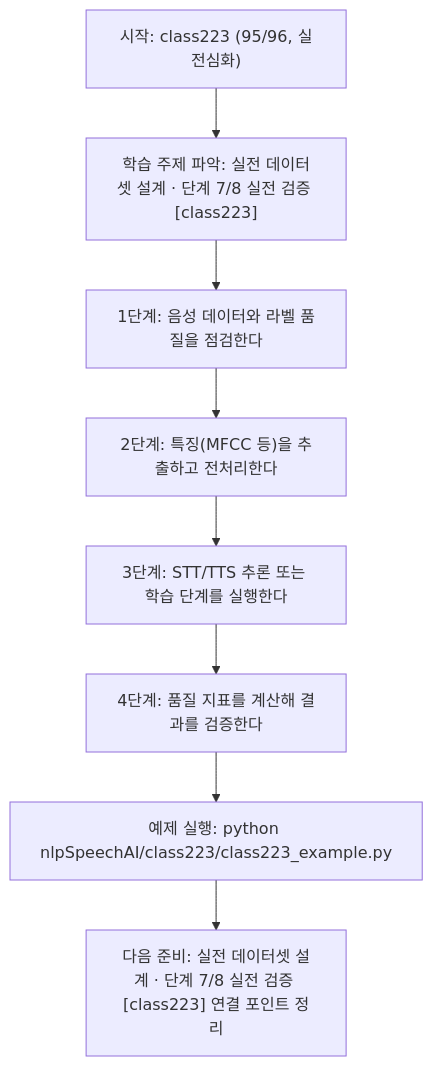
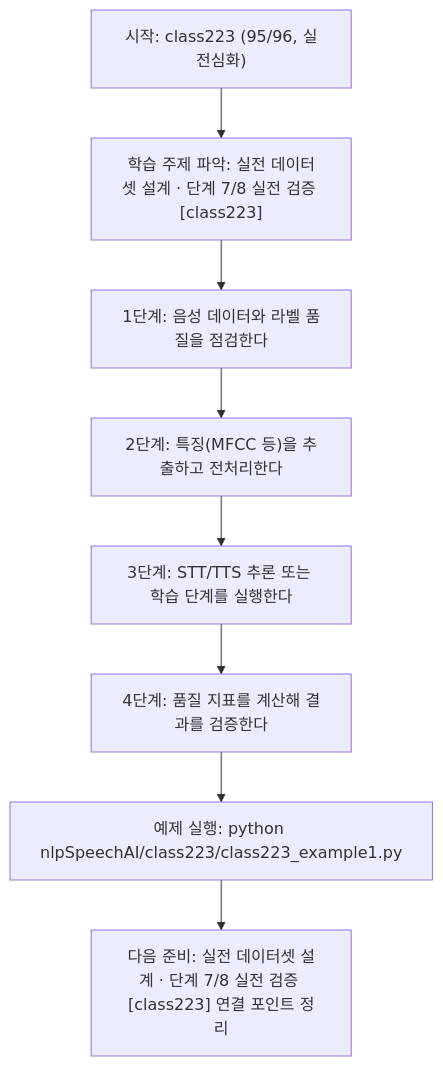
One commit to edumgt/Python-AI_Agent-Class changed the diagram in nlpSpeechAI/class223/class223.md. Above: the diagram before and after it, drawn with Mermaid. The commit also changed other lines of this file and 2959 other files, not shown here.

````diff
--- a/nlpSpeechAI/class223/class223.md
+++ b/nlpSpeechAI/class223/class223.md
@@ -114,18 +114,18 @@
 ```mermaid
 flowchart TD
 N1["시작: class223 (95/96, 실전심화)"]
 N2["학습 주제 파악: 실전 데이터셋 설계 · 단계 7/8 실전 검증 [class223]"]
 N3["1단계: 음성 데이터와 라벨 품질을 점검한다"]
 N4["2단계: 특징(MFCC 등)을 추출하고 전처리한다"]
 N5["3단계: STT/TTS 추론 또는 학습 단계를 실행한다"]
 N6["4단계: 품질 지표를 계산해 결과를 검증한다"]
-N7["예제 실행: python nlpSpeechAI/class223/class223_example.py"]
+N7["예제 실행: python nlpSpeechAI/class223/class223_example1.py"]
 N8["다음 준비: 실전 데이터셋 설계 · 단계 7/8 실전 검증 [class223] 연결 포인트 정리"]
 N1 --> N2
 N2 --> N3
 N3 --> N4
 N4 --> N5
 N5 --> N6
 N6 --> N7
 N7 --> N8
 ```
````
